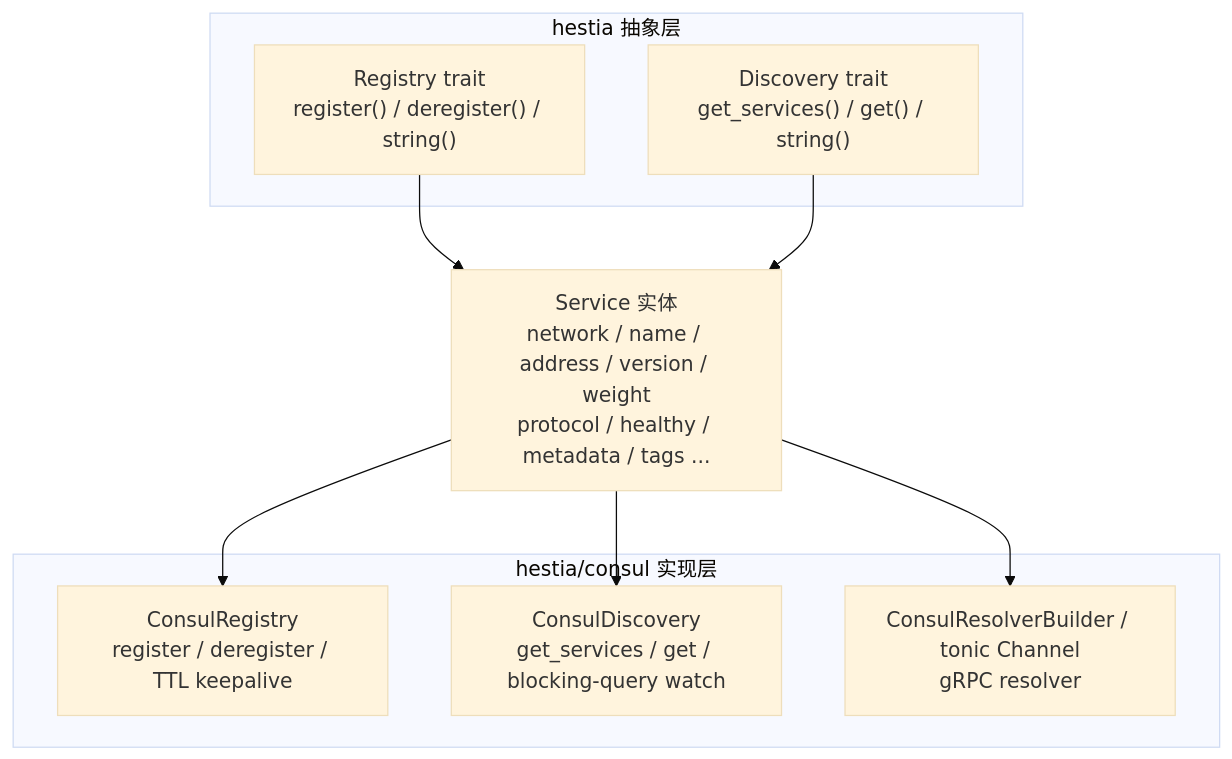
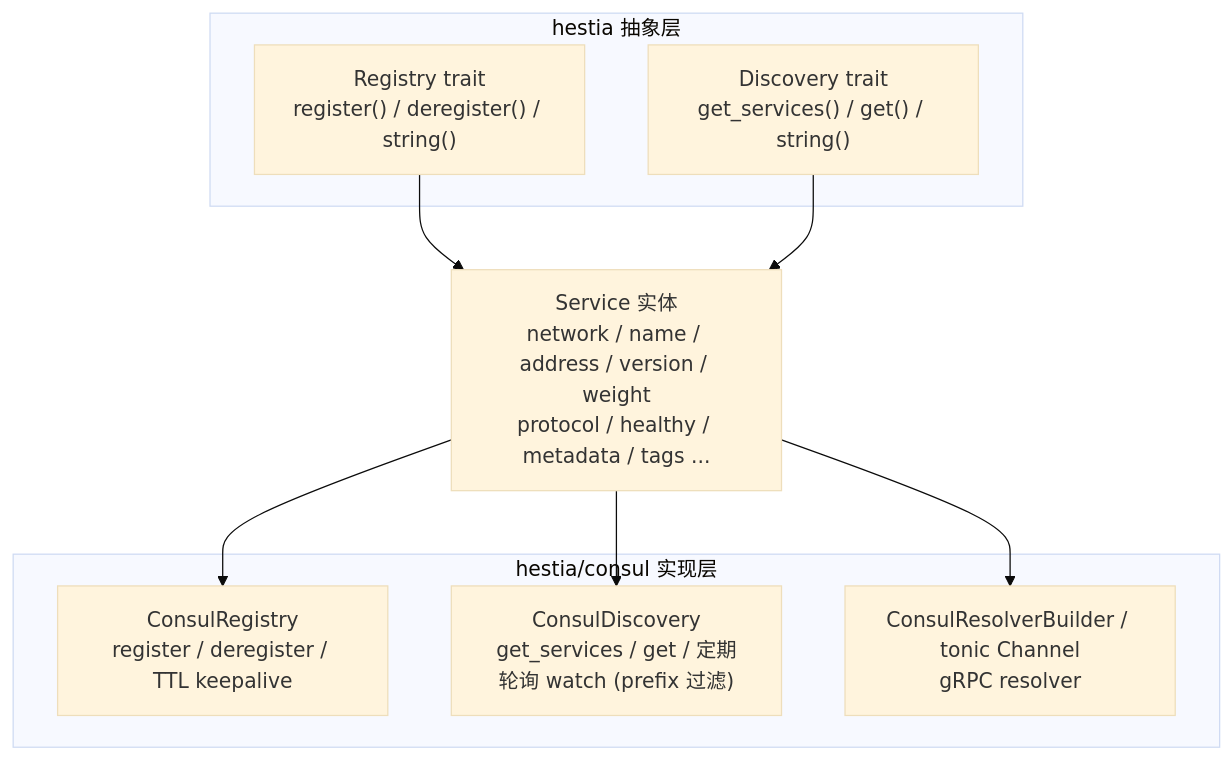
Before and after one commit to daheige/hephfx: the diagram in rs-hestia/src/consul/readme.md, drawn with Mermaid (base theme). The commit also changed other lines of this file and 12 other files, not shown here.

````diff
--- a/rs-hestia/src/consul/readme.md
+++ b/rs-hestia/src/consul/readme.md
@@ -30,21 +30,21 @@
 ```mermaid
 flowchart TB
     subgraph Abstract["hestia 抽象层"]
         Registry["Registry trait\nregister() / deregister() / string()"]
         Discovery["Discovery trait\nget_services() / get() / string()"]
     end
 
     Service["Service 实体\nnetwork / name / address / version / weight\nprotocol / healthy / metadata / tags ..."]
 
     subgraph Impl["hestia/consul 实现层"]
         ConsulRegistry["ConsulRegistry\nregister / deregister / TTL keepalive"]
-        ConsulDiscovery["ConsulDiscovery\nget_services / get / blocking-query watch"]
+        ConsulDiscovery["ConsulDiscovery\nget_services / get / 定期轮询 watch (prefix 过滤)"]
         ConsulResolver["ConsulResolverBuilder / tonic Channel\ngRPC resolver"]
     end
 
     Registry --> Service
     Discovery --> Service
     Service --> ConsulRegistry
     Service --> ConsulDiscovery
     Service --> ConsulResolver
 ```
````
